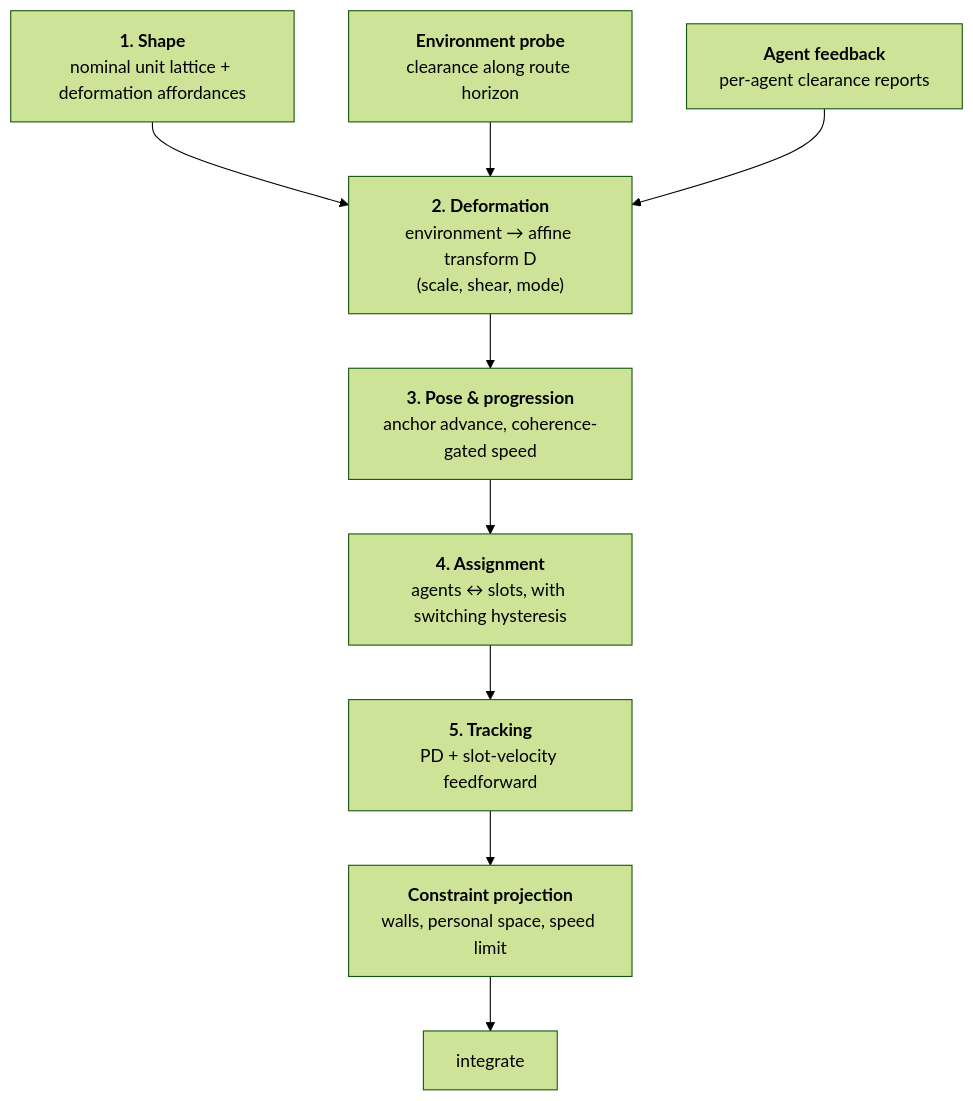
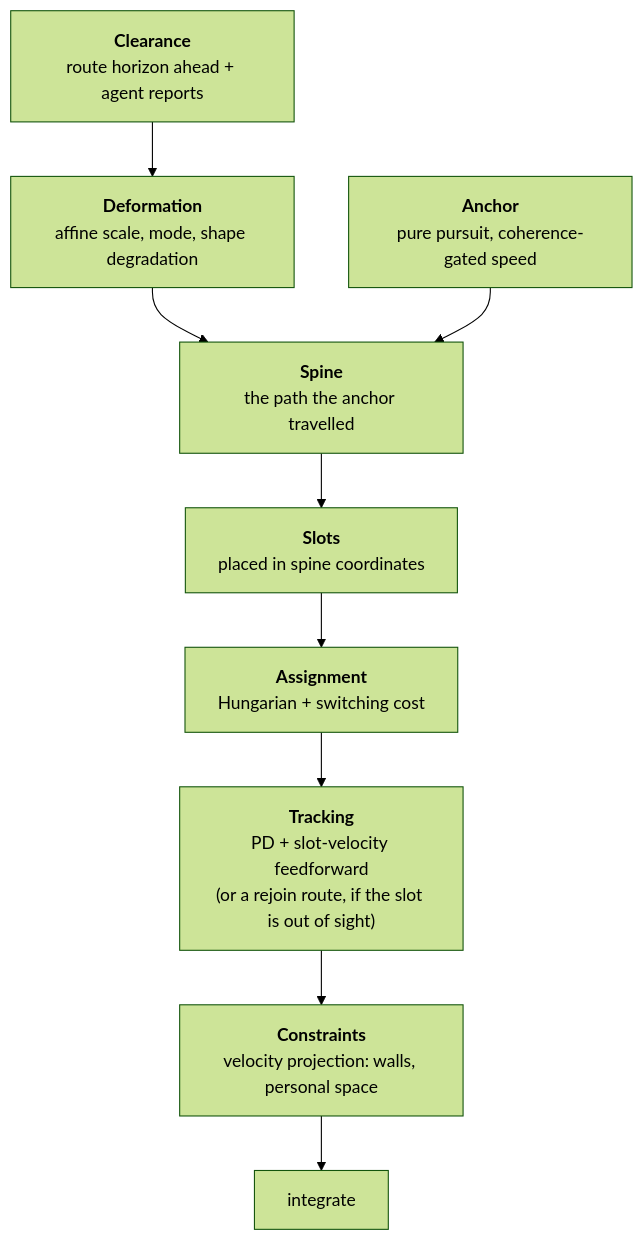
One commit to Claude-environment-core/JavaScriptGame changed the first of 2 diagrams in docs/deformable-virtual-structure.md. Above: the diagram before and after it, drawn with Mermaid (forest theme). The commit also changed other lines of this file and 36 other files, not shown here.

````diff
--- a/docs/deformable-virtual-structure.md
+++ b/docs/deformable-virtual-structure.md
@@ -82,12 +72,11 @@
 ```mermaid
 flowchart TD
-    A["<b>1. Shape</b><br/>nominal unit lattice + deformation affordances"] --> B
-    B["<b>2. Deformation</b><br/>environment → affine transform D<br/>(scale, shear, mode)"] --> C
-    C["<b>3. Pose &amp; progression</b><br/>anchor advance, coherence-gated speed"] --> D
-    D["<b>4. Assignment</b><br/>agents ↔ slots, with switching hysteresis"] --> E
-    E["<b>5. Tracking</b><br/>PD + slot-velocity feedforward"] --> F
-    F["<b>Constraint projection</b><br/>walls, personal space, speed limit"] --> G["integrate"]
-
-    P["<b>Environment probe</b><br/>clearance along route horizon"] --> B
-    R["<b>Agent feedback</b><br/>per-agent clearance reports"] --> B
+    P["<b>Clearance</b><br/>route horizon ahead + agent reports"] --> B
+    B["<b>Deformation</b><br/>affine scale, mode, shape degradation"] --> S
+    A["<b>Anchor</b><br/>pure pursuit, coherence-gated speed"] --> S
+    S["<b>Spine</b><br/>the path the anchor travelled"] --> L
+    L["<b>Slots</b><br/>placed in spine coordinates"] --> M
+    M["<b>Assignment</b><br/>Hungarian + switching cost"] --> T
+    T["<b>Tracking</b><br/>PD + slot-velocity feedforward<br/>(or a rejoin route, if the slot is out of sight)"] --> C
+    C["<b>Constraints</b><br/>velocity projection: walls, personal space"] --> I["integrate"]
 ```
````
